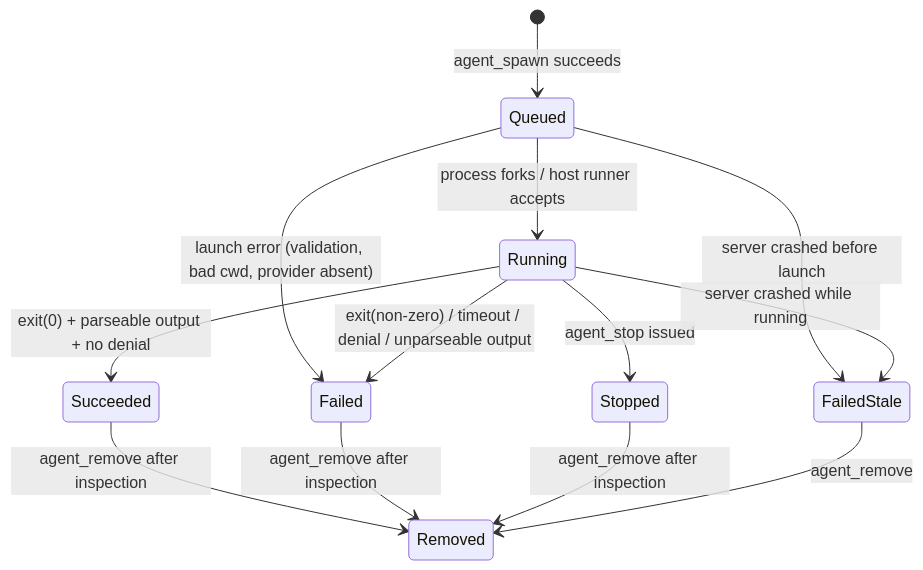
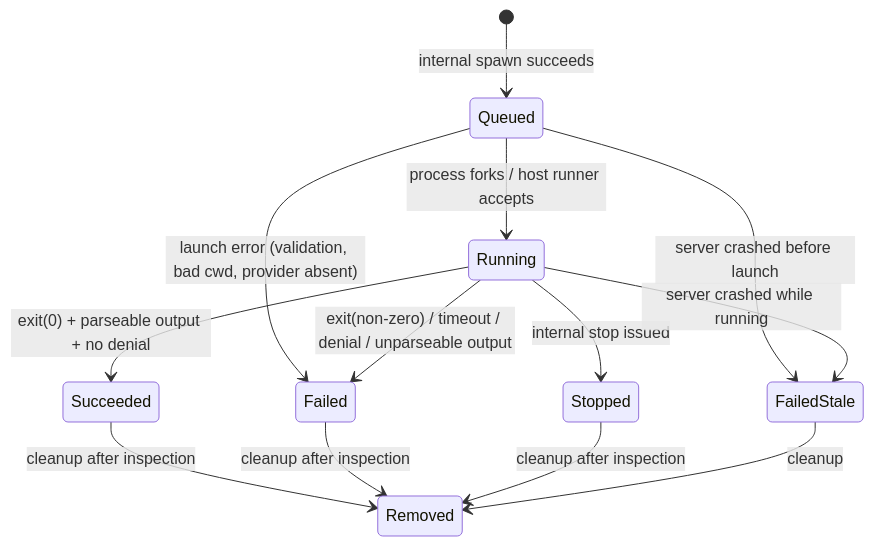
Before and after one commit to 0x7067/agent-bridge-mcp: the first of 2 diagrams in docs/DATA-MODEL.md, drawn with Mermaid. The commit also changed other lines of this file and 32 other files, not shown here.

````diff
--- a/docs/DATA-MODEL.md
+++ b/docs/DATA-MODEL.md
@@ -54,15 +54,15 @@
 ```mermaid
 stateDiagram-v2
-    [*] --> Queued: agent_spawn succeeds
+    [*] --> Queued: internal spawn succeeds
     Queued --> Running: process forks / host runner accepts
     Queued --> Failed: launch error (validation, bad cwd, provider absent)
     Queued --> FailedStale: server crashed before launch
     Running --> Succeeded: exit(0) + parseable output + no denial
     Running --> Failed: exit(non-zero) / timeout / denial / unparseable output
-    Running --> Stopped: agent_stop issued
+    Running --> Stopped: internal stop issued
     Running --> FailedStale: server crashed while running
-    Succeeded --> Removed: agent_remove after inspection
-    Failed --> Removed: agent_remove after inspection
-    Stopped --> Removed: agent_remove after inspection
-    FailedStale --> Removed: agent_remove
+    Succeeded --> Removed: cleanup after inspection
+    Failed --> Removed: cleanup after inspection
+    Stopped --> Removed: cleanup after inspection
+    FailedStale --> Removed: cleanup
 ```
````
